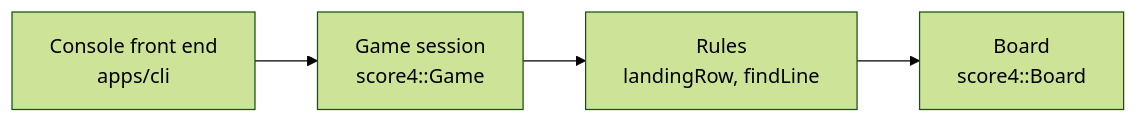
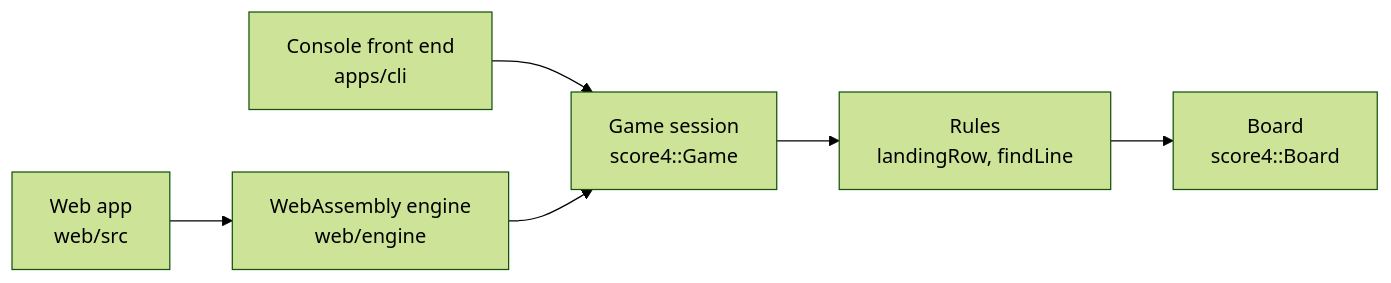
The first of 2 diagrams in docs/architecture.md (manosliod/score-4), drawn with Mermaid (forest theme) before and after one commit. The commit also changed other lines of this file and 2 other files, not shown here.

Commit message:
docs: explain the web app's structure, tooling and decisions

````diff
--- a/docs/architecture.md
+++ b/docs/architecture.md
@@ -6,6 +6,7 @@
 ```mermaid
 flowchart LR
     CLI["Console front end<br/>apps/cli"] --> Game["Game session<br/>score4::Game"]
+    Web["Web app<br/>web/src"] --> Wasm["WebAssembly engine<br/>web/engine"] --> Game
     Game --> Rules["Rules<br/>landingRow, findLine"]
     Rules --> Board["Board<br/>score4::Board"]
 ```
````
